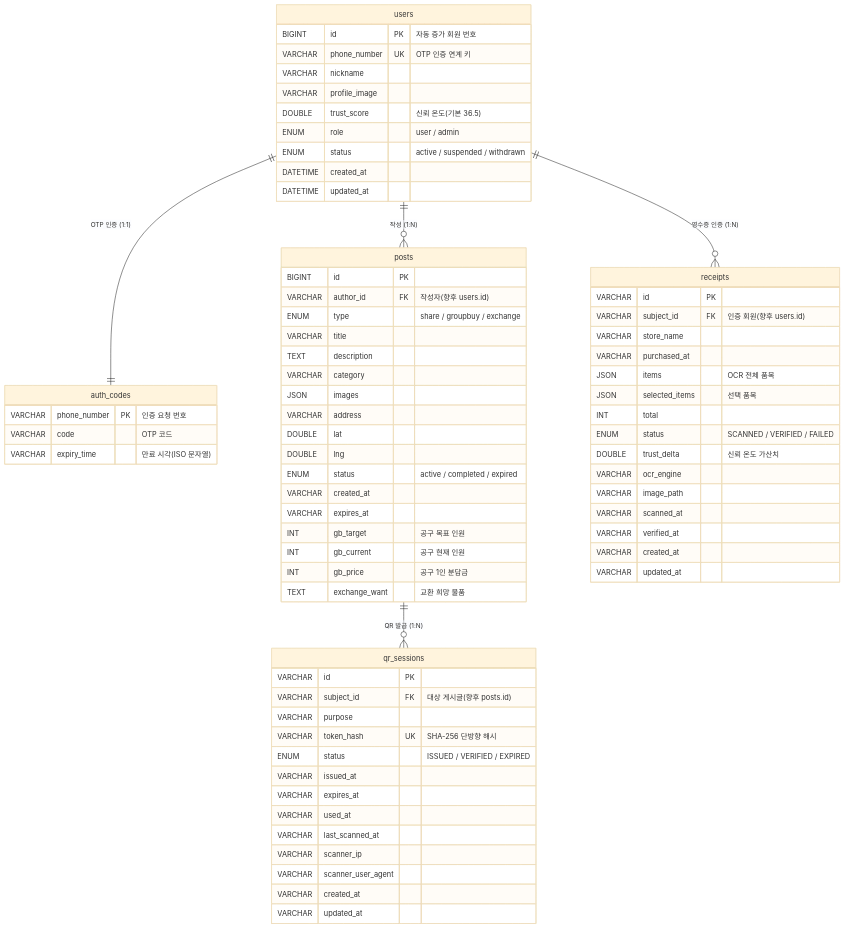
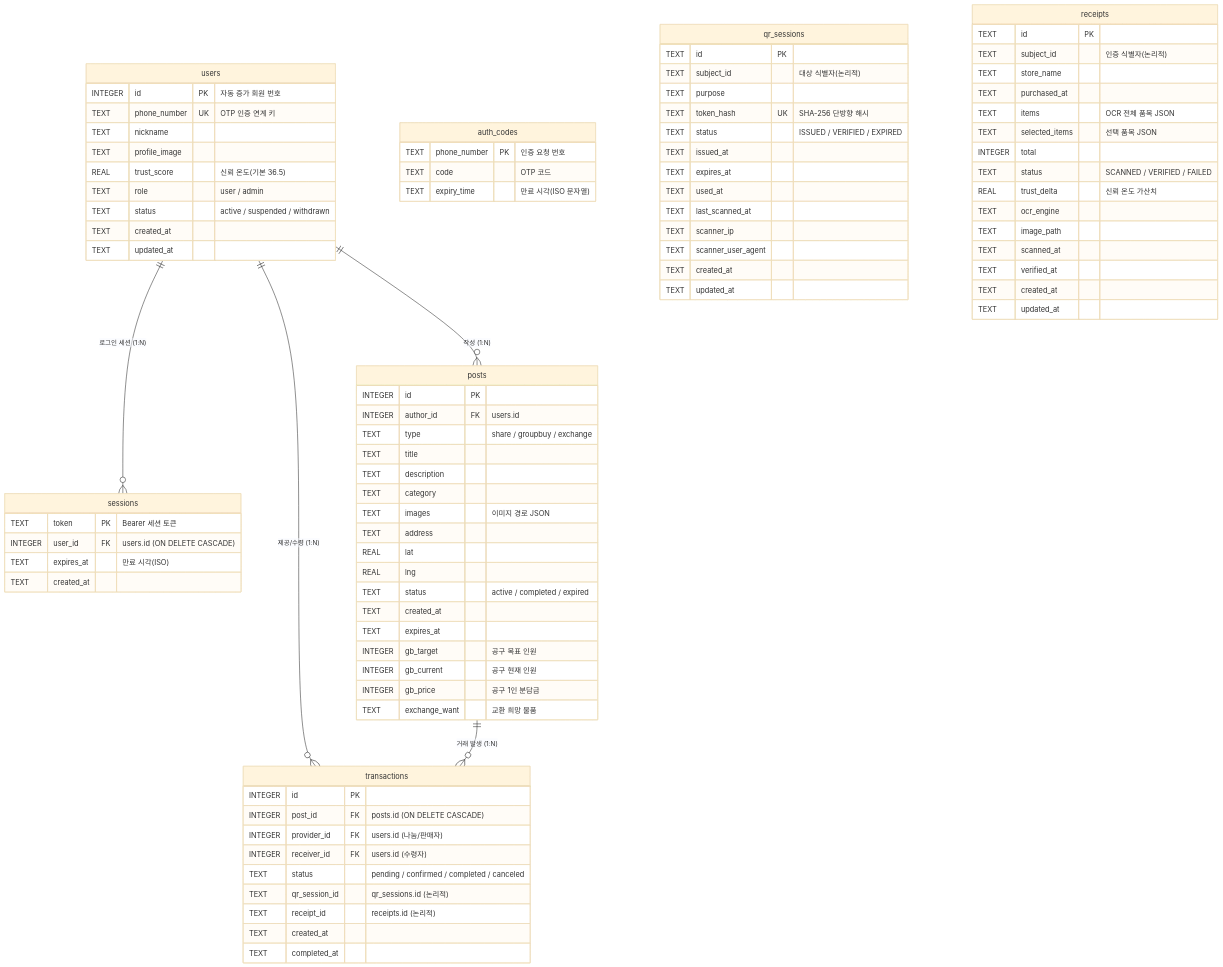
Before and after one commit to NeighborfoodCapstone/Neighborfood: the diagram in neighborfood_ERD.md, drawn with Mermaid (base theme). The commit also changed other lines of this file and 49 other files, not shown here.

````diff
--- a/neighborfood_ERD.md
+++ b/neighborfood_ERD.md
@@ -14,75 +17,92 @@
 ```mermaid
 erDiagram
     users {
-        BIGINT id PK "자동 증가 회원 번호"
-        VARCHAR phone_number UK "OTP 인증 연계 키"
-        VARCHAR nickname
-        VARCHAR profile_image
-        DOUBLE trust_score "신뢰 온도(기본 36.5)"
-        ENUM role "user / admin"
-        ENUM status "active / suspended / withdrawn"
-        DATETIME created_at
-        DATETIME updated_at
+        INTEGER id PK "자동 증가 회원 번호"
+        TEXT phone_number UK "OTP 인증 연계 키"
+        TEXT nickname
+        TEXT profile_image
+        REAL trust_score "신뢰 온도(기본 36.5)"
+        TEXT role "user / admin"
+        TEXT status "active / suspended / withdrawn"
+        TEXT created_at
+        TEXT updated_at
+    }
+    sessions {
+        TEXT token PK "Bearer 세션 토큰"
+        INTEGER user_id FK "users.id (ON DELETE CASCADE)"
+        TEXT expires_at "만료 시각(ISO)"
+        TEXT created_at
     }
     auth_codes {
-        VARCHAR phone_number PK "인증 요청 번호"
-        VARCHAR code "OTP 코드"
-        VARCHAR expiry_time "만료 시각(ISO 문자열)"
+        TEXT phone_number PK "인증 요청 번호"
+        TEXT code "OTP 코드"
+        TEXT expiry_time "만료 시각(ISO 문자열)"
     }
     posts {
-        BIGINT id PK
-        VARCHAR author_id FK "작성자(향후 users.id)"
-        ENUM type "share / groupbuy / exchange"
-        VARCHAR title
+        INTEGER id PK
+        INTEGER author_id FK "users.id"
+        TEXT type "share / groupbuy / exchange"
+        TEXT title
         TEXT description
-        VARCHAR category
-        JSON images
-        VARCHAR address
-        DOUBLE lat
-        DOUBLE lng
-        ENUM status "active / completed / expired"
-        VARCHAR created_at
-        VARCHAR expires_at
-        INT gb_target "공구 목표 인원"
-        INT gb_current "공구 현재 인원"
-        INT gb_price "공구 1인 분담금"
+        TEXT category
+        TEXT images "이미지 경로 JSON"
+        TEXT address
+        REAL lat
+        REAL lng
+        TEXT status "active / completed / expired"
+        TEXT created_at
+        TEXT expires_at
+        INTEGER gb_target "공구 목표 인원"
+        INTEGER gb_current "공구 현재 인원"
+        INTEGER gb_price "공구 1인 분담금"
         TEXT exchange_want "교환 희망 물품"
     }
+    transactions {
+        INTEGER id PK
+        INTEGER post_id FK "posts.id (ON DELETE CASCADE)"
+        INTEGER provider_id FK "users.id (나눔/판매자)"
+        INTEGER receiver_id FK "users.id (수령자)"
+        TEXT status "pending / confirmed / completed / canceled"
+        TEXT qr_session_id "qr_sessions.id (논리적)"
+        TEXT receipt_id "receipts.id (논리적)"
+        TEXT created_at
+        TEXT completed_at
+    }
     qr_sessions {
-        VARCHAR id PK
-        VARCHAR subject_id FK "대상 게시글(향후 posts.id)"
-        VARCHAR purpose
-        VARCHAR token_hash UK "SHA-256 단방향 해시"
-        ENUM status "ISSUED / VERIFIED / EXPIRED"
-        VARCHAR issued_at
-        VARCHAR expires_at
-        VARCHAR used_at
-        VARCHAR last_scanned_at
-        VARCHAR scanner_ip
-        VARCHAR scanner_user_agent
-        VARCHAR created_at
-        VARCHAR updated_at
+        TEXT id PK
+        TEXT subject_id "대상 식별자(논리적)"
+        TEXT purpose
+        TEXT token_hash UK "SHA-256 단방향 해시"
+        TEXT status "ISSUED / VERIFIED / EXPIRED"
+        TEXT issued_at
+        TEXT expires_at
+        TEXT used_at
+        TEXT last_scanned_at
+        TEXT scanner_ip
+        TEXT scanner_user_agent
+        TEXT created_at
+        TEXT updated_at
     }
     receipts {
-        VARCHAR id PK
-        VARCHAR subject_id FK "인증 회원(향후 users.id)"
-        VARCHAR store_name
-        VARCHAR purchased_at
-        JSON items "OCR 전체 품목"
-        JSON selected_items "선택 품목"
-        INT total
-        ENUM status "SCANNED / VERIFIED / FAILED"
-        DOUBLE trust_delta "신뢰 온도 가산치"
-        VARCHAR ocr_engine
-        VARCHAR image_path
-        VARCHAR scanned_at
-        VARCHAR verified_at
-        VARCHAR created_at
-        VARCHAR updated_at
+        TEXT id PK
+        TEXT subject_id "인증 식별자(논리적)"
+        TEXT store_name
+        TEXT purchased_at
+        TEXT items "OCR 전체 품목 JSON"
+        TEXT selected_items "선택 품목 JSON"
+        INTEGER total
+        TEXT status "SCANNED / VERIFIED / FAILED"
+        REAL trust_delta "신뢰 온도 가산치"
+        TEXT ocr_engine
+        TEXT image_path
+        TEXT scanned_at
+        TEXT verified_at
+        TEXT created_at
+        TEXT updated_at
     }
 
+    users ||--o{ sessions : "로그인 세션 (1:N)"
     users ||--o{ posts : "작성 (1:N)"
-    users ||--o{ receipts : "영수증 인증 (1:N)"
-    posts ||--o{ qr_sessions : "QR 발급 (1:N)"
-    users ||--|| auth_codes : "OTP 인증 (1:1)"
+    users ||--o{ transactions : "제공/수령 (1:N)"
+    posts ||--o{ transactions : "거래 발생 (1:N)"
 ```
````
